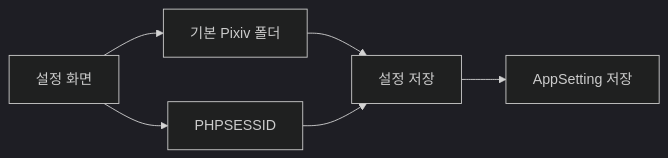
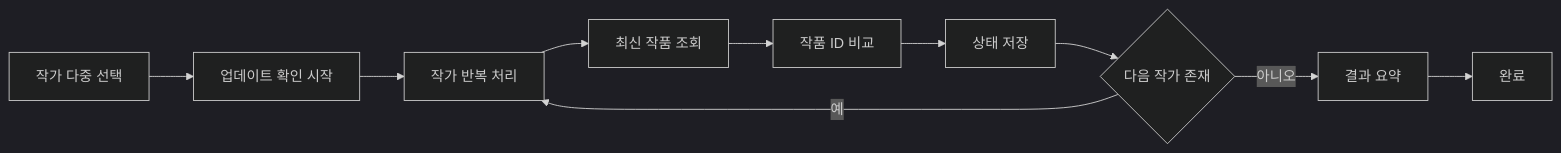
Before and after one commit to PKT0623/PixivLocalManager: the seventh of 12 diagrams in docs/03_SYSTEM_FLOW.md, drawn with Mermaid (dark theme). The commit also changed other lines of this file and 10 other files, not shown here.

````diff
--- a/docs/03_SYSTEM_FLOW.md
+++ b/docs/03_SYSTEM_FLOW.md
@@ -188,14 +147,20 @@
 ```mermaid
 flowchart LR
 
-A[설정 화면]
+A[작가 다중 선택]
 
-A --> B[기본 Pixiv 폴더]
+A --> B[업데이트 확인 시작]
 
-A --> C[PHPSESSID]
+B --> C[작가 반복 처리]
 
-B --> D[설정 저장]
-C --> D
+C --> D[최신 작품 조회]
+D --> E[작품 ID 비교]
+E --> F[상태 저장]
 
-D --> E[AppSetting 저장]
+F --> G{다음 작가 존재}
+
+G -->|예| C
+G -->|아니오| H[결과 요약]
+
+H --> I[완료]
 ```
````
